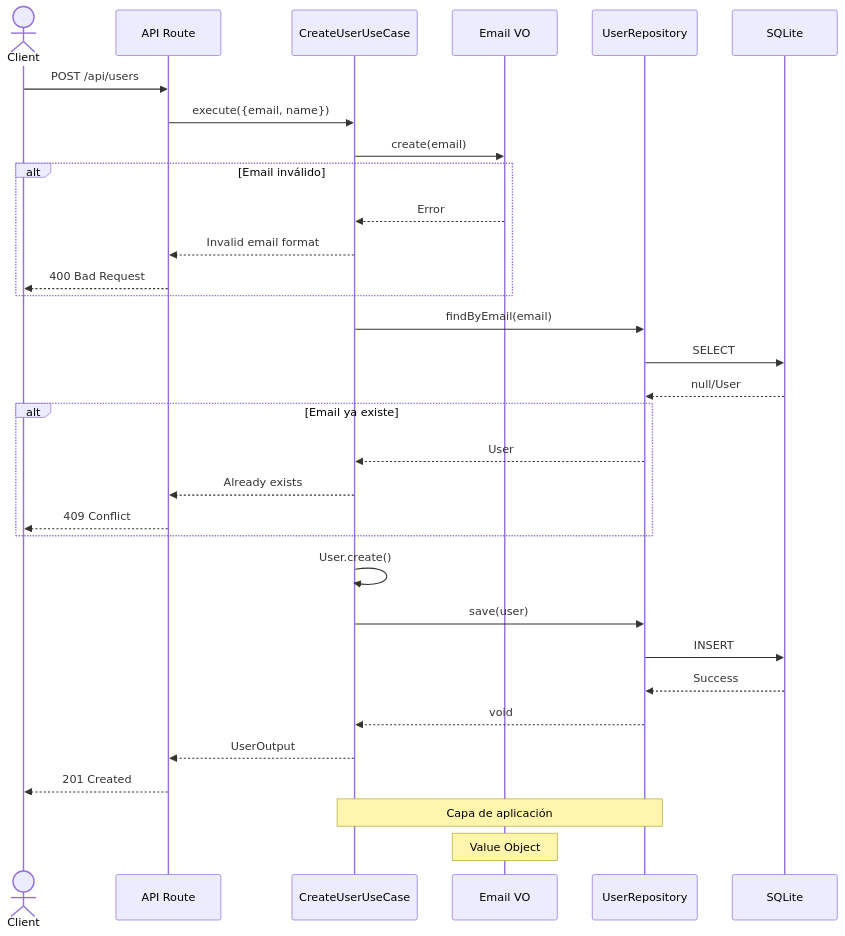
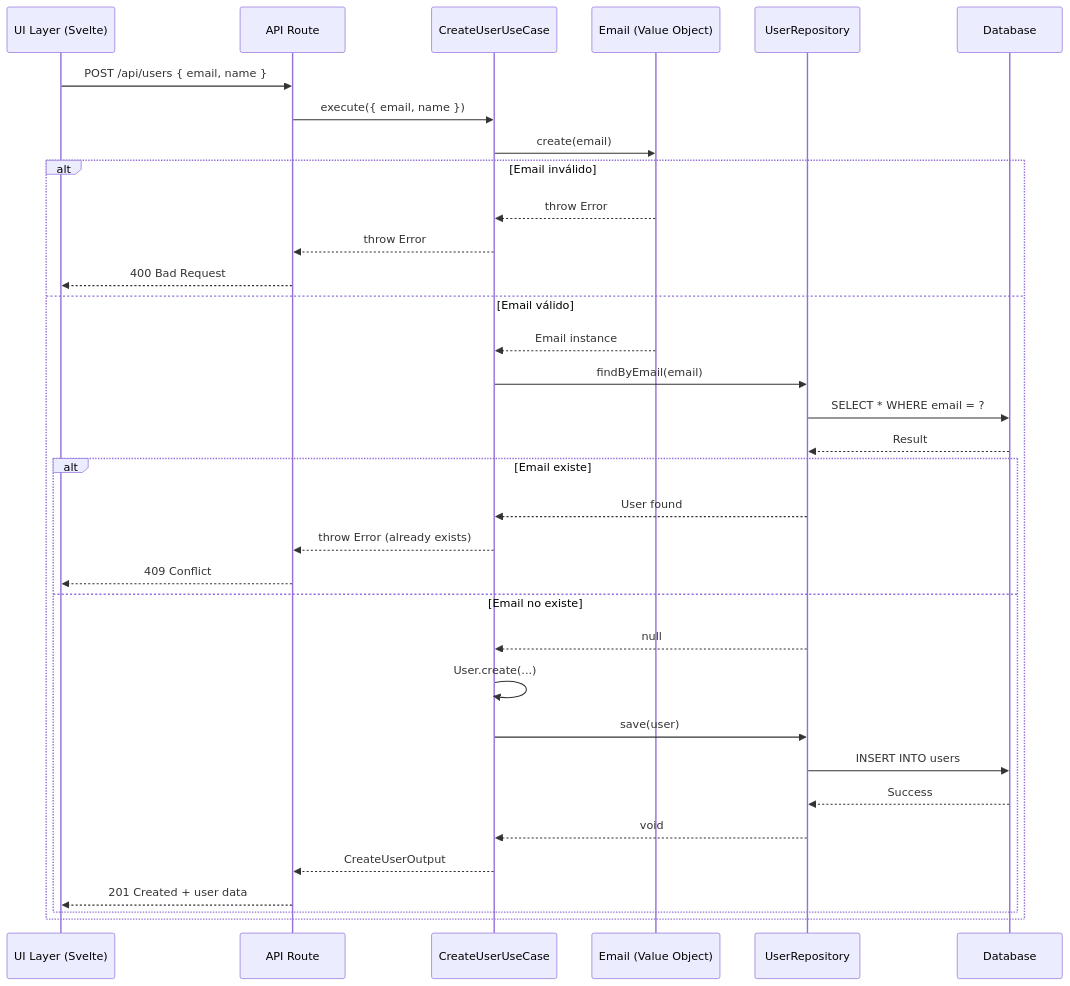
The second of 2 diagrams in docs/src/content/docs/guides/crear-usuarios.md (ansango/barebones-sveltekit-demo), drawn with Mermaid before and after one commit. The commit also changed other lines of this file and 18 other files, not shown here.

````diff
--- a/docs/src/content/docs/guides/crear-usuarios.md
+++ b/docs/src/content/docs/guides/crear-usuarios.md
@@ -12,40 +368,37 @@
 ```mermaid
 sequenceDiagram
-    actor Client
+    participant UI as UI Layer (Svelte)
     participant API as API Route
     participant UC as CreateUserUseCase
-    participant Email as Email VO
+    participant Email as Email (Value Object)
     participant Repo as UserRepository
-    participant DB as SQLite
+    participant DB as Database
 
-    Client->>API: POST /api/users
-    API->>UC: execute({email, name})
+    UI->>API: POST /api/users { email, name }
+    API->>UC: execute({ email, name })
     UC->>Email: create(email)
-    
     alt Email inválido
-        Email-->>UC: Error
-        UC-->>API: Invalid email format
-        API-->>Client: 400 Bad Request
+        Email-->>UC: throw Error
+        UC-->>API: throw Error
+        API-->>UI: 400 Bad Request
+    else Email válido
+        Email-->>UC: Email instance
+        UC->>Repo: findByEmail(email)
+        Repo->>DB: SELECT * WHERE email = ?
+        DB-->>Repo: Result
+        alt Email existe
+            Repo-->>UC: User found
+            UC-->>API: throw Error (already exists)
+            API-->>UI: 409 Conflict
+        else Email no existe
+            Repo-->>UC: null
+            UC->>UC: User.create(...)
+            UC->>Repo: save(user)
+            Repo->>DB: INSERT INTO users
+            DB-->>Repo: Success
+            Repo-->>UC: void
+            UC-->>API: CreateUserOutput
+            API-->>UI: 201 Created + user data
+        end
     end
-    
-    UC->>Repo: findByEmail(email)
-    Repo->>DB: SELECT
-    DB-->>Repo: null/User
-    
-    alt Email ya existe
-        Repo-->>UC: User
-        UC-->>API: Already exists
-        API-->>Client: 409 Conflict
-    end
-    
-    UC->>UC: User.create()
-    UC->>Repo: save(user)
-    Repo->>DB: INSERT
-    DB-->>Repo: Success
-    Repo-->>UC: void
-    UC-->>API: UserOutput
-    API-->>Client: 201 Created
-    
-    Note over UC,Repo: Capa de aplicación
-    Note over Email: Value Object
 ```
````
